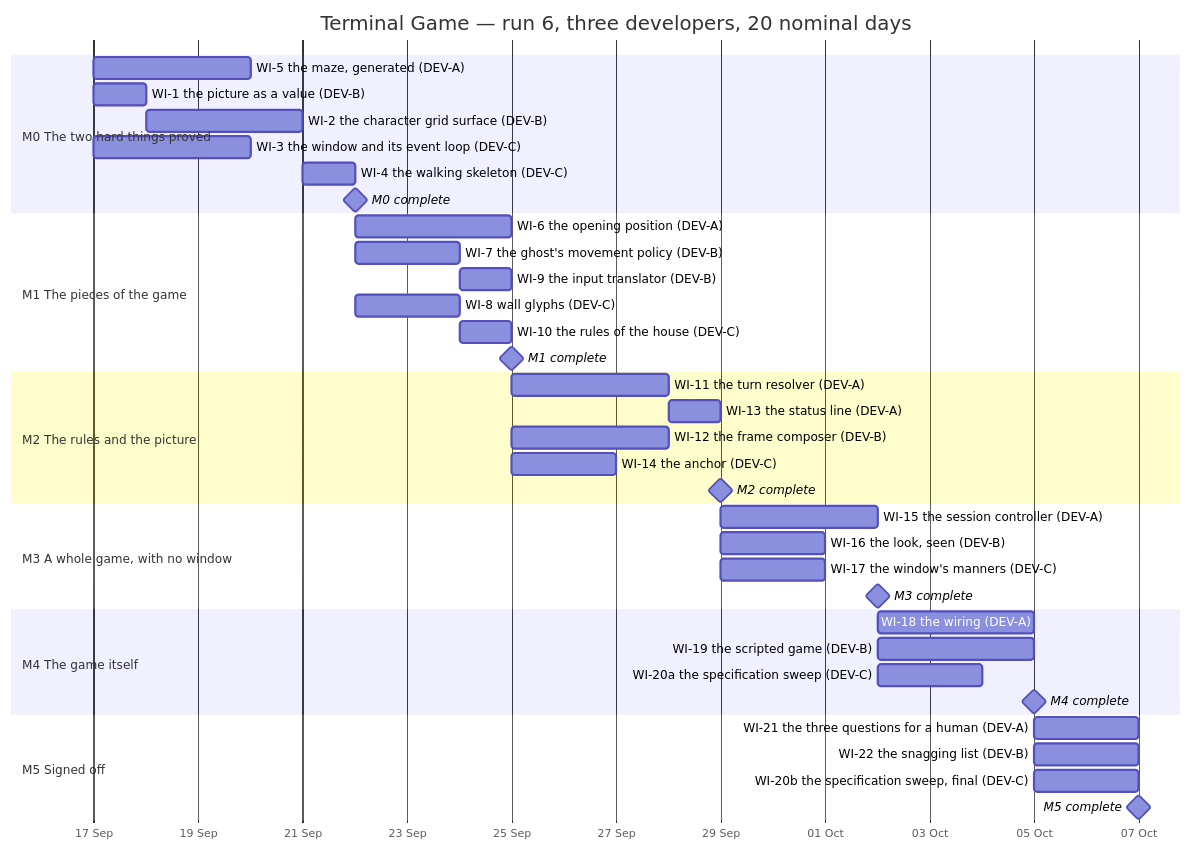
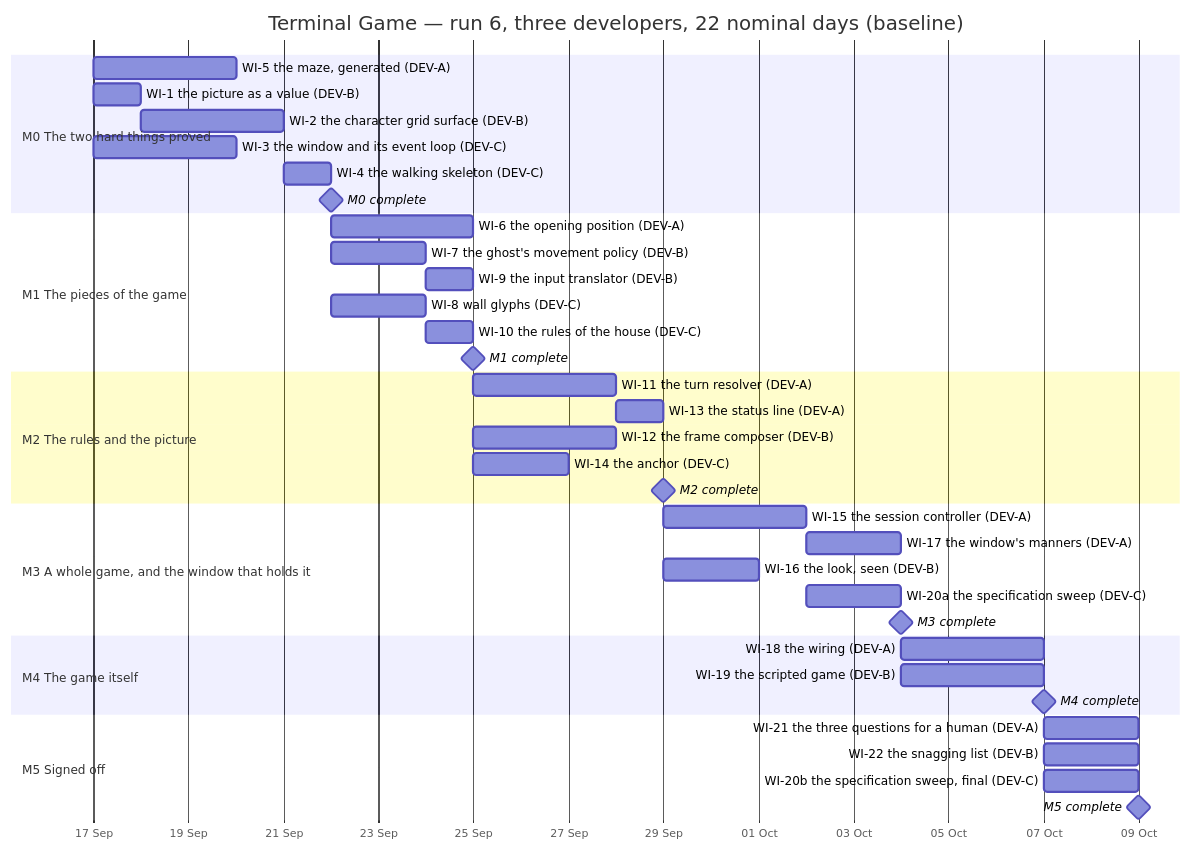
Before and after one commit to replicant1/NewTerminalGame: the diagram in docs/IMPLEMENTATION_PLAN.md, drawn with Mermaid. The commit also changed other lines of this file and 2 other files, not shown here.

````diff
--- a/docs/IMPLEMENTATION_PLAN.md
+++ b/docs/IMPLEMENTATION_PLAN.md
@@ -1275,47 +1379,47 @@
 ```mermaid
 gantt
-  title Terminal Game — run 6, three developers, 20 nominal days
+  title Terminal Game — run 6, three developers, 22 nominal days (baseline)
   dateFormat YYYY-MM-DD
   axisFormat %d %b
 
   section M0 The two hard things proved
   WI-5 the maze, generated (DEV-A)          :a5, 2026-09-17, 3d
   WI-1 the picture as a value (DEV-B)       :a1, 2026-09-17, 1d
   WI-2 the character grid surface (DEV-B)   :a2, 2026-09-18, 3d
   WI-3 the window and its event loop (DEV-C):a3, 2026-09-17, 3d
   WI-4 the walking skeleton (DEV-C)         :a4, 2026-09-21, 1d
   M0 complete                               :milestone, m0, 2026-09-22, 0d
 
   section M1 The pieces of the game
   WI-6 the opening position (DEV-A)         :b6, 2026-09-22, 3d
   WI-7 the ghost's movement policy (DEV-B)  :b7, 2026-09-22, 2d
   WI-9 the input translator (DEV-B)         :b9, 2026-09-24, 1d
   WI-8 wall glyphs (DEV-C)                  :b8, 2026-09-22, 2d
   WI-10 the rules of the house (DEV-C)      :b10, 2026-09-24, 1d
   M1 complete                               :milestone, m1, 2026-09-25, 0d
 
   section M2 The rules and the picture
   WI-11 the turn resolver (DEV-A)           :c11, 2026-09-25, 3d
   WI-13 the status line (DEV-A)             :c13, 2026-09-28, 1d
   WI-12 the frame composer (DEV-B)          :c12, 2026-09-25, 3d
   WI-14 the anchor (DEV-C)                  :c14, 2026-09-25, 2d
   M2 complete                               :milestone, m2, 2026-09-29, 0d
 
-  section M3 A whole game, with no window
+  section M3 A whole game, and the window that holds it
   WI-15 the session controller (DEV-A)      :d15, 2026-09-29, 3d
+  WI-17 the window's manners (DEV-A)        :d17, 2026-10-02, 2d
   WI-16 the look, seen (DEV-B)              :d16, 2026-09-29, 2d
-  WI-17 the window's manners (DEV-C)        :d17, 2026-09-29, 2d
-  M3 complete                               :milestone, m3, 2026-10-02, 0d
+  WI-20a the specification sweep (DEV-C)    :d20a, 2026-10-02, 2d
+  M3 complete                               :milestone, m3, 2026-10-04, 0d
 
   section M4 The game itself
-  WI-18 the wiring (DEV-A)                  :e18, 2026-10-02, 3d
-  WI-19 the scripted game (DEV-B)           :e19, 2026-10-02, 3d
-  WI-20a the specification sweep (DEV-C)    :e20a, 2026-10-02, 2d
-  M4 complete                               :milestone, m4, 2026-10-05, 0d
+  WI-18 the wiring (DEV-A)                  :e18, 2026-10-04, 3d
+  WI-19 the scripted game (DEV-B)           :e19, 2026-10-04, 3d
+  M4 complete                               :milestone, m4, 2026-10-07, 0d
 
   section M5 Signed off
-  WI-21 the three questions for a human (DEV-A) :f21, 2026-10-05, 2d
-  WI-22 the snagging list (DEV-B)               :f22, 2026-10-05, 2d
-  WI-20b the specification sweep, final (DEV-C) :f20b, 2026-10-05, 2d
-  M5 complete                                   :milestone, m5, 2026-10-07, 0d
+  WI-21 the three questions for a human (DEV-A) :f21, 2026-10-07, 2d
+  WI-22 the snagging list (DEV-B)               :f22, 2026-10-07, 2d
+  WI-20b the specification sweep, final (DEV-C) :f20b, 2026-10-07, 2d
+  M5 complete                                   :milestone, m5, 2026-10-09, 0d
 ```
````
